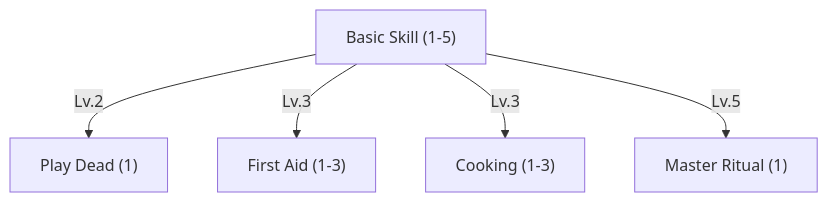
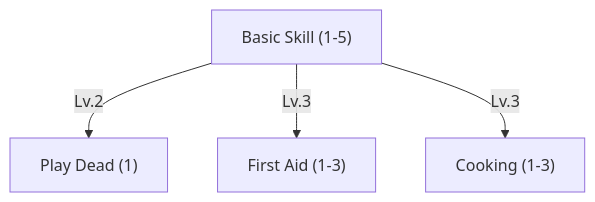
One commit to tfelix/bestia-docs changed the first of 16 diagrams in content/docs/mechanics/master.md. Above: the diagram before and after it, drawn with Mermaid. The commit also changed other lines of this file and 31 other files, not shown here.

````diff
--- a/content/docs/mechanics/master.md
+++ b/content/docs/mechanics/master.md
@@ -67,13 +69,11 @@
 ```mermaid
 graph TD
     BasicSkill["Basic Skill (1-5)"]
     PlayDead["Play Dead (1)"]
     FirstAid["First Aid (1-3)"]
-    MasterRitual["Master Ritual (1)"]
     Cooking["Cooking (1-3)"]
 
     BasicSkill -->|Lv.2| PlayDead
     BasicSkill -->|Lv.3| FirstAid
     BasicSkill -->|Lv.3| Cooking
-    BasicSkill -->|Lv.5| MasterRitual
 ```
````
